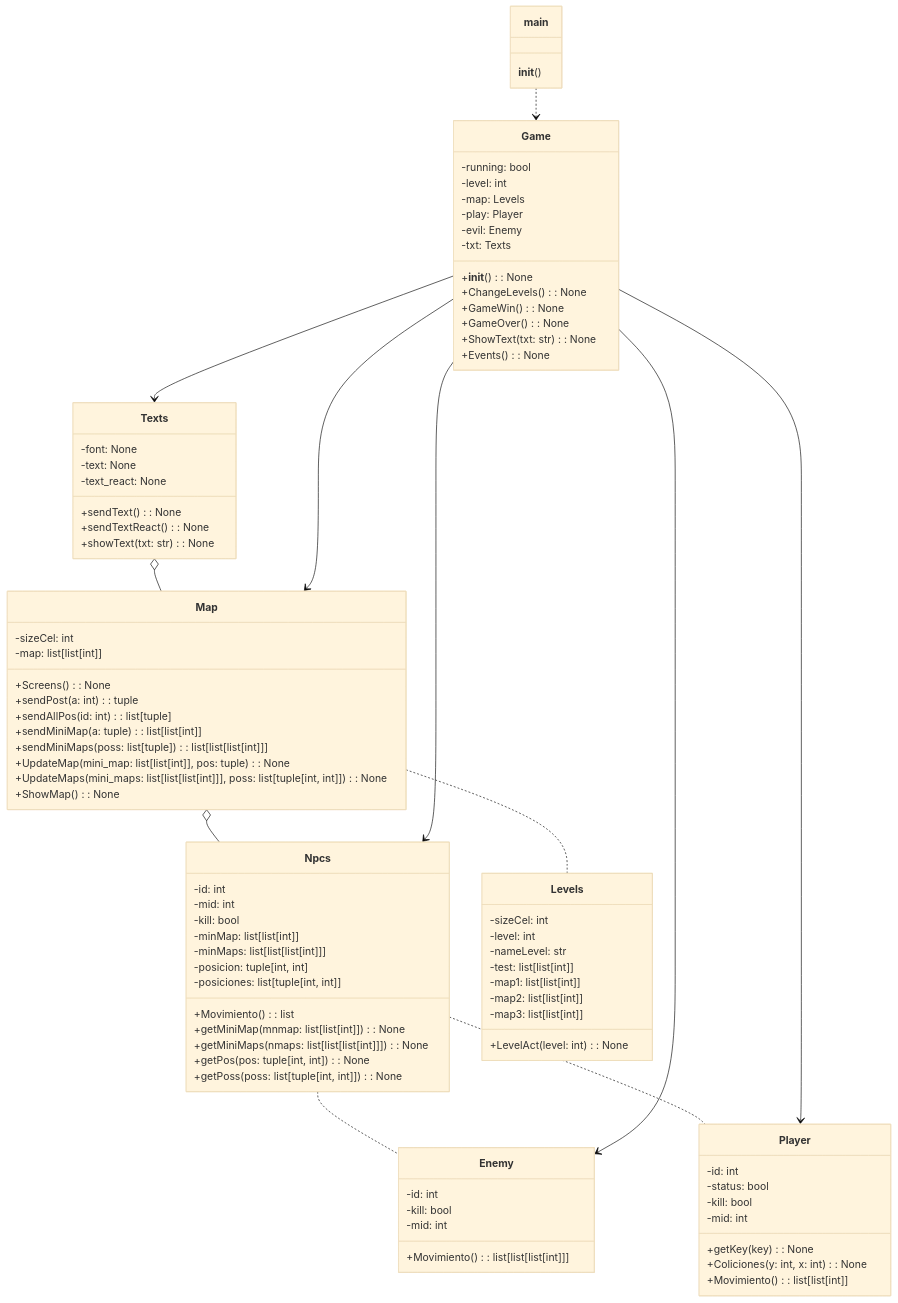
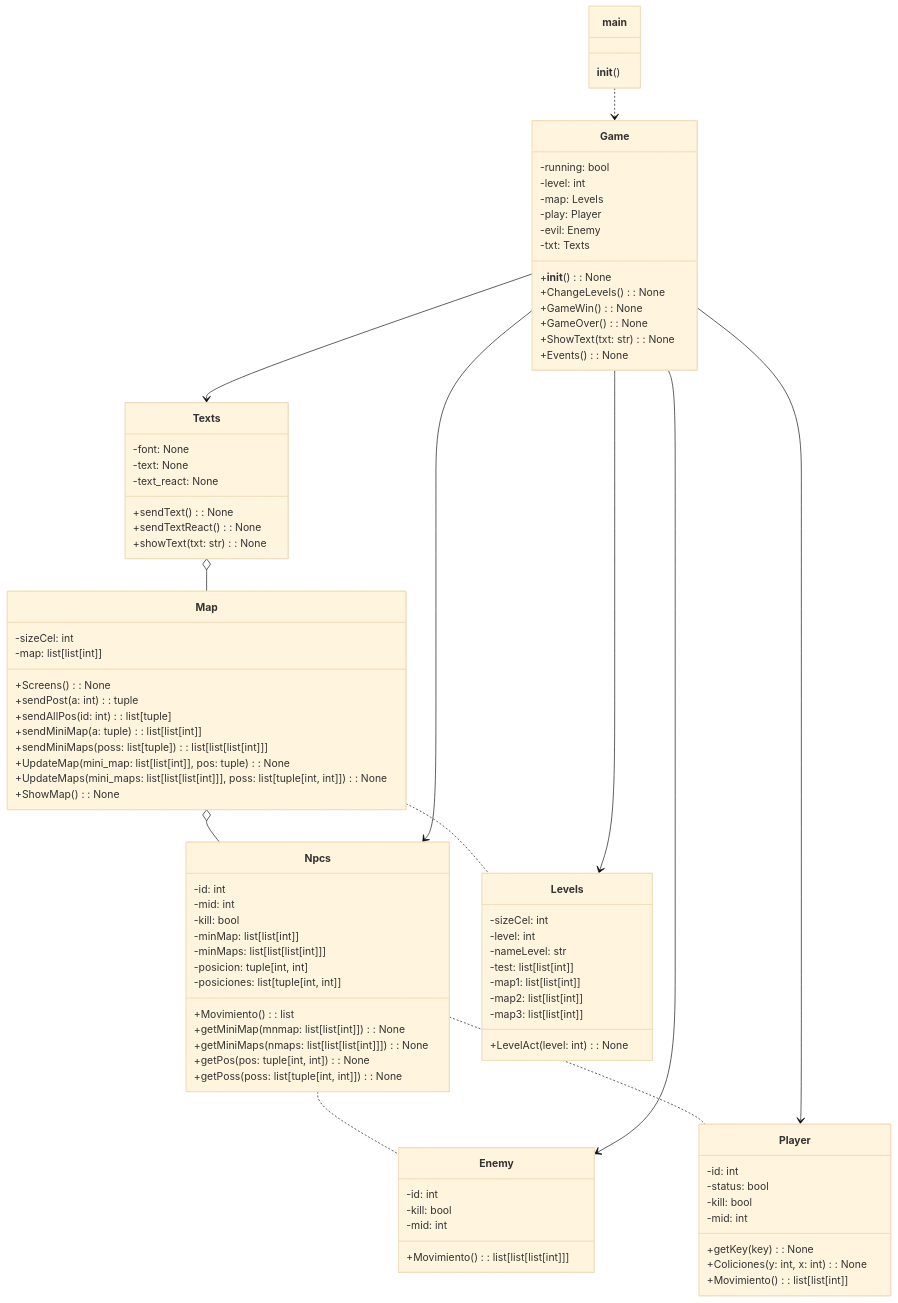
One commit to noneda/try-pygame changed the second of 3 diagrams in README.md. Above: the diagram before and after it, drawn with Mermaid (base theme).

```diff
--- a/README.md
+++ b/README.md
@@ -270,7 +270,7 @@
     Npcs .. Player
     Map .. Levels
     Texts o-- Map
-    Game --> Map
+    Game --> Levels
     Game --> Npcs
     Game --> Player
     Game --> Enemy
```
